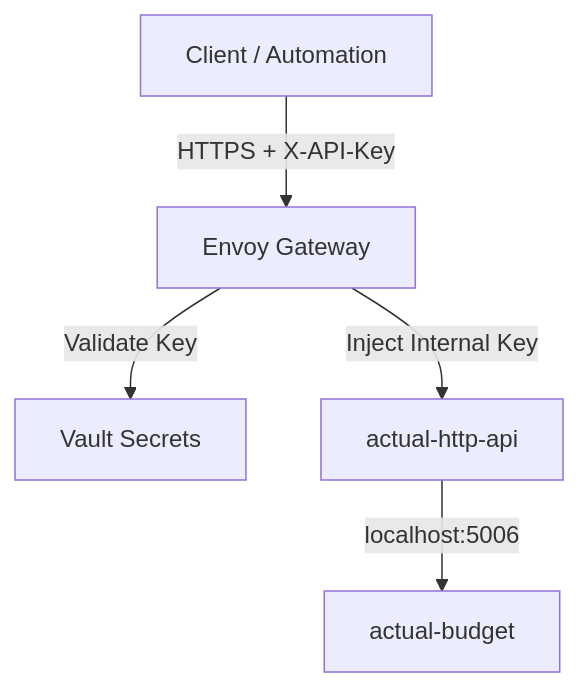
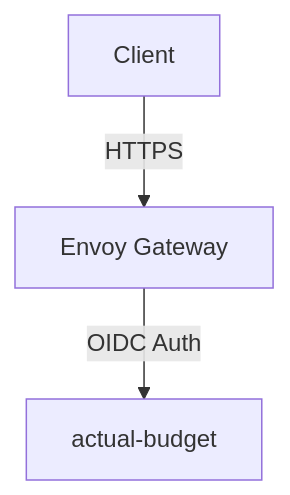
The diagram in projects/lungmen.akn/src/apps/actual-budget/README.md (chezmoidotsh/arcane), drawn with Mermaid before and after one commit. The commit also changed other lines of this file and 7 other files, not shown here.

First line of the commit message:
:fire:(project:lungmen.akn): Remove Actual Budget API sidecar

````diff
--- a/projects/lungmen.akn/src/apps/actual-budget/README.md
+++ b/projects/lungmen.akn/src/apps/actual-budget/README.md
@@ -40,7 +25,5 @@
 ```mermaid
 graph TD
-    Client[Client / Automation] -->|HTTPS + X-API-Key| EG[Envoy Gateway]
-    EG -->|Validate Key| Vault[Vault Secrets]
-    EG -->|Inject Internal Key| Sidecar[actual-http-api]
-    Sidecar -->|localhost:5006| App[actual-budget]
+    Client[Client] -->|HTTPS| EG[Envoy Gateway]
+    EG -->|OIDC Auth| App[actual-budget]
 ```
````
